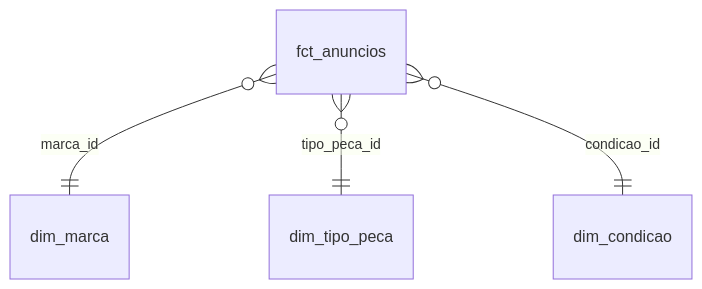
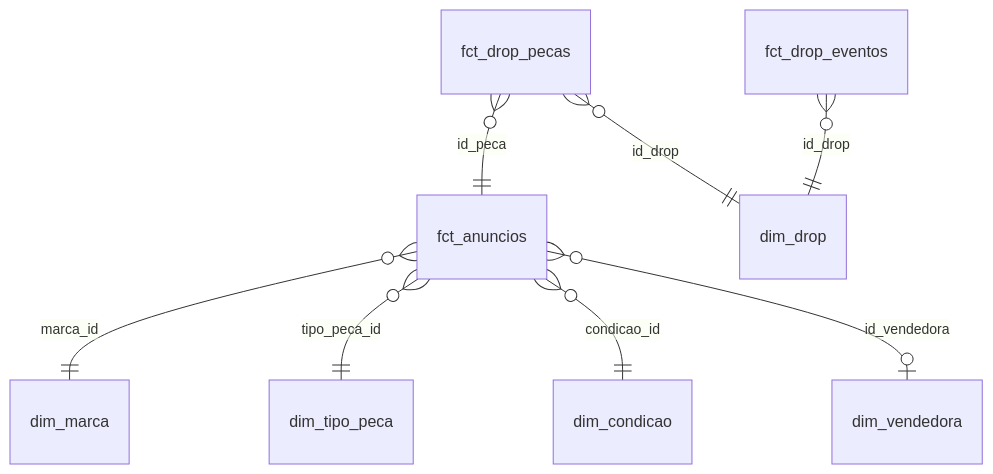
One commit to tati0wh/brecho-pipeline changed the second of 2 diagrams in README.md. Above: the diagram before and after it, drawn with Mermaid. The commit also changed other lines of this file, not shown here.

Commit message:
README: marketplace vivo, Airflow, drop em streaming e CI

````diff
--- a/README.md
+++ b/README.md
@@ -71,6 +91,10 @@
 ```mermaid
 erDiagram
     fct_anuncios }o--|| dim_marca : marca_id
     fct_anuncios }o--|| dim_tipo_peca : tipo_peca_id
     fct_anuncios }o--|| dim_condicao : condicao_id
+    fct_anuncios }o--o| dim_vendedora : id_vendedora
+    fct_drop_pecas }o--|| fct_anuncios : id_peca
+    fct_drop_pecas }o--|| dim_drop : id_drop
+    fct_drop_eventos }o--|| dim_drop : id_drop
 ```
````
